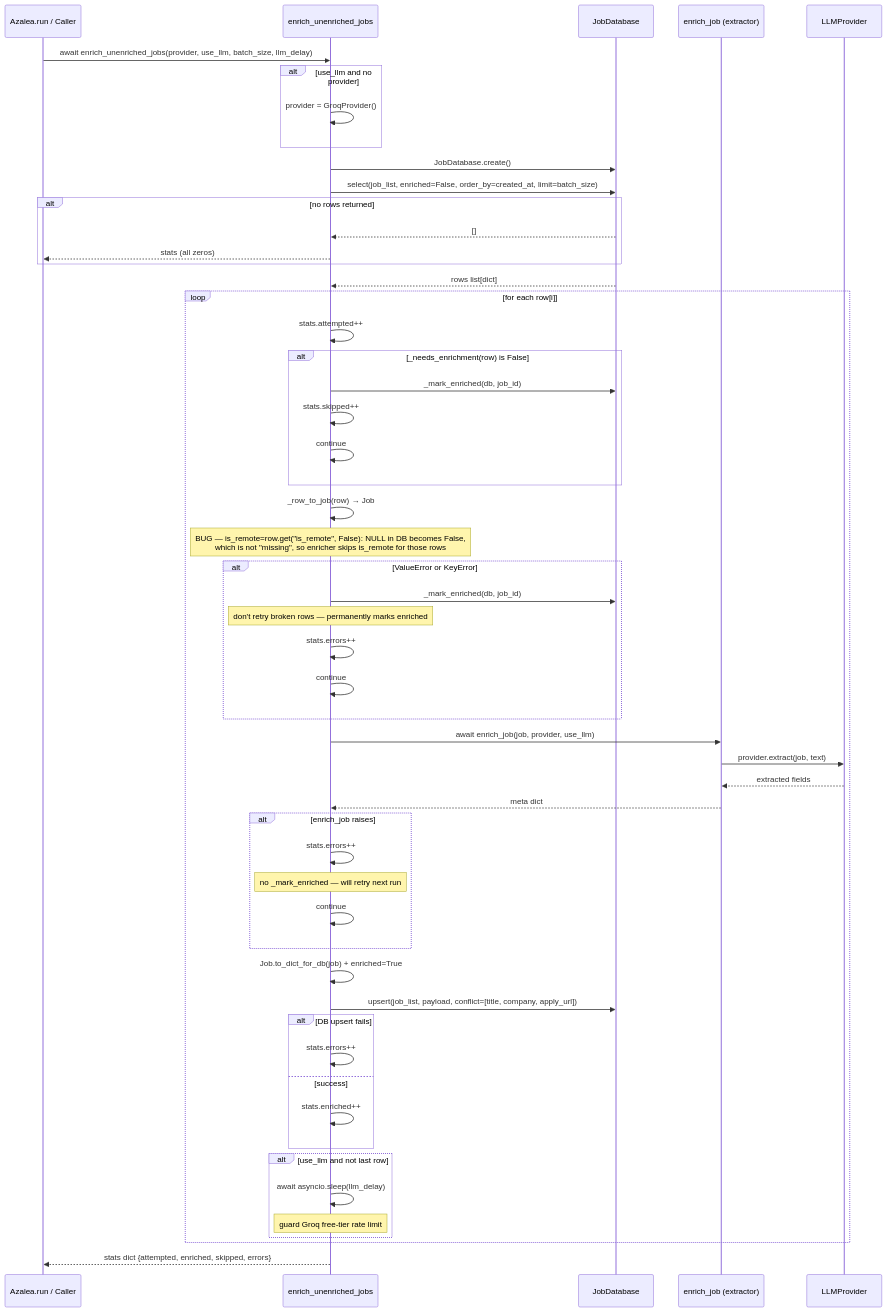
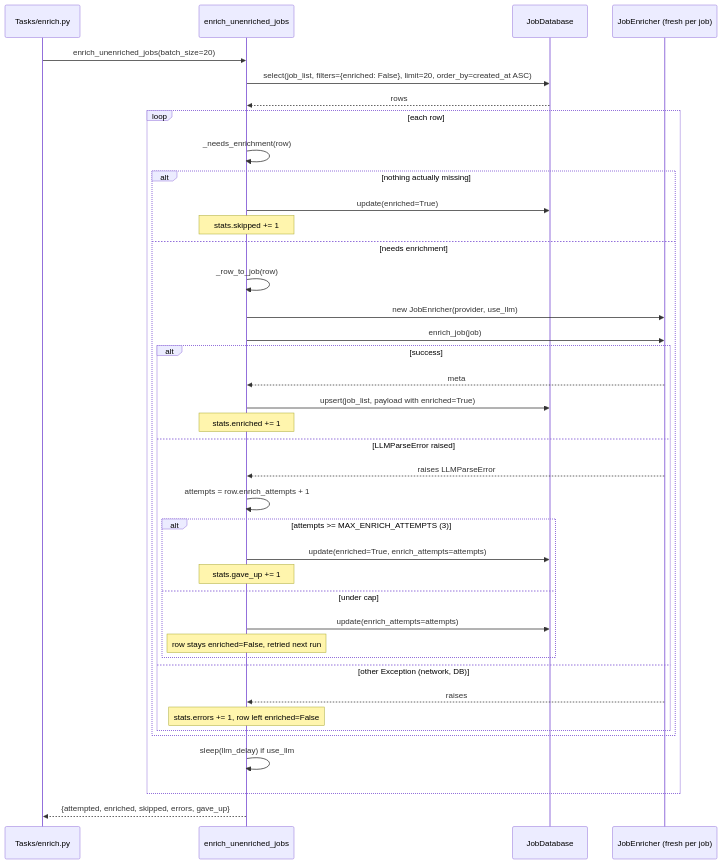
The diagram in docs/diagrams/refine_seq.md (AustinDwomoh/libra), drawn with Mermaid before and after one commit. The commit also changed other lines of this file and 9 other files, not shown here.

First line of the commit message:
Instantiate JobEnricher once; refresh diagrams

````diff
--- a/docs/diagrams/refine_seq.md
+++ b/docs/diagrams/refine_seq.md
@@ -1,72 +1,46 @@
 ```mermaid
-%% sequenceDiagram — enrich_unenriched_jobs (DB fetch → enrich batch → persist)
+%% sequenceDiagram — enrich_unenriched_jobs() batch loop
 sequenceDiagram
-    participant Az as Azalea.run / Caller
-    participant R as enrich_unenriched_jobs
+    participant Task as Tasks/enrich.py
+    participant Ref as enrich_unenriched_jobs
     participant DB as JobDatabase
-    participant EJ as enrich_job (extractor)
-    participant LLM as LLMProvider
+    participant JE as JobEnricher (fresh per job)
 
-    Az->>R: await enrich_unenriched_jobs(provider, use_llm, batch_size, llm_delay)
+    Task->>Ref: enrich_unenriched_jobs(batch_size=20)
+    Ref->>DB: select(job_list, filters={enriched: False}, limit=20, order_by=created_at ASC)
+    DB-->>Ref: rows
 
-    alt use_llm and no provider
-        R->>R: provider = GroqProvider()
+    loop each row
+        Ref->>Ref: _needs_enrichment(row)
+        alt nothing actually missing
+            Ref->>DB: update(enriched=True)
+            Note over Ref: stats.skipped += 1
+        else needs enrichment
+            Ref->>Ref: _row_to_job(row)
+            Ref->>JE: new JobEnricher(provider, use_llm)
+            Ref->>JE: enrich_job(job)
+
+            alt success
+                JE-->>Ref: meta
+                Ref->>DB: upsert(job_list, payload with enriched=True)
+                Note over Ref: stats.enriched += 1
+            else LLMParseError raised
+                JE-->>Ref: raises LLMParseError
+                Ref->>Ref: attempts = row.enrich_attempts + 1
+                alt attempts >= MAX_ENRICH_ATTEMPTS (3)
+                    Ref->>DB: update(enriched=True, enrich_attempts=attempts)
+                    Note over Ref: stats.gave_up += 1
+                else under cap
+                    Ref->>DB: update(enrich_attempts=attempts)
+                    Note over Ref: row stays enriched=False, retried next run
+                end
+            else other Exception (network, DB)
+                JE-->>Ref: raises
+                Note over Ref: stats.errors += 1, row left enriched=False
+            end
+        end
+        Ref->>Ref: sleep(llm_delay) if use_llm
     end
 
-    R->>DB: JobDatabase.create()
-    R->>DB: select(job_list, enriched=False, order_by=created_at, limit=batch_size)
-
-    alt no rows returned
-        DB-->>R: []
-        R-->>Az: stats (all zeros)
-    end
-
-    DB-->>R: rows list[dict]
-
-    loop for each row[i]
-        R->>R: stats.attempted++
-
-        alt _needs_enrichment(row) is False
-            R->>DB: _mark_enriched(db, job_id)
-            R->>R: stats.skipped++
-            R->>R: continue
-        end
-
-        R->>R: _row_to_job(row) → Job
-        Note over R: BUG — is_remote=row.get("is_remote", False): NULL in DB becomes False,<br/>which is not "missing", so enricher skips is_remote for those rows
-        alt ValueError or KeyError
-            R->>DB: _mark_enriched(db, job_id)
-            Note over R: don't retry broken rows — permanently marks enriched
-            R->>R: stats.errors++
-            R->>R: continue
-        end
-
-        R->>EJ: await enrich_job(job, provider, use_llm)
-        EJ->>LLM: provider.extract(job, text)
-        LLM-->>EJ: extracted fields
-        EJ-->>R: meta dict
-
-        alt enrich_job raises
-            R->>R: stats.errors++
-            Note over R: no _mark_enriched — will retry next run
-            R->>R: continue
-        end
-
-        R->>R: Job.to_dict_for_db(job) + enriched=True
-        R->>DB: upsert(job_list, payload, conflict=[title, company, apply_url])
-
-        alt DB upsert fails
-            R->>R: stats.errors++
-        else success
-            R->>R: stats.enriched++
-        end
-
-        alt use_llm and not last row
-            R->>R: await asyncio.sleep(llm_delay)
-            Note over R: guard Groq free-tier rate limit
-        end
-    end
-
-    R-->>Az: stats dict {attempted, enriched, skipped, errors}
-
+    Ref-->>Task: {attempted, enriched, skipped, errors, gave_up}
 ```
````
